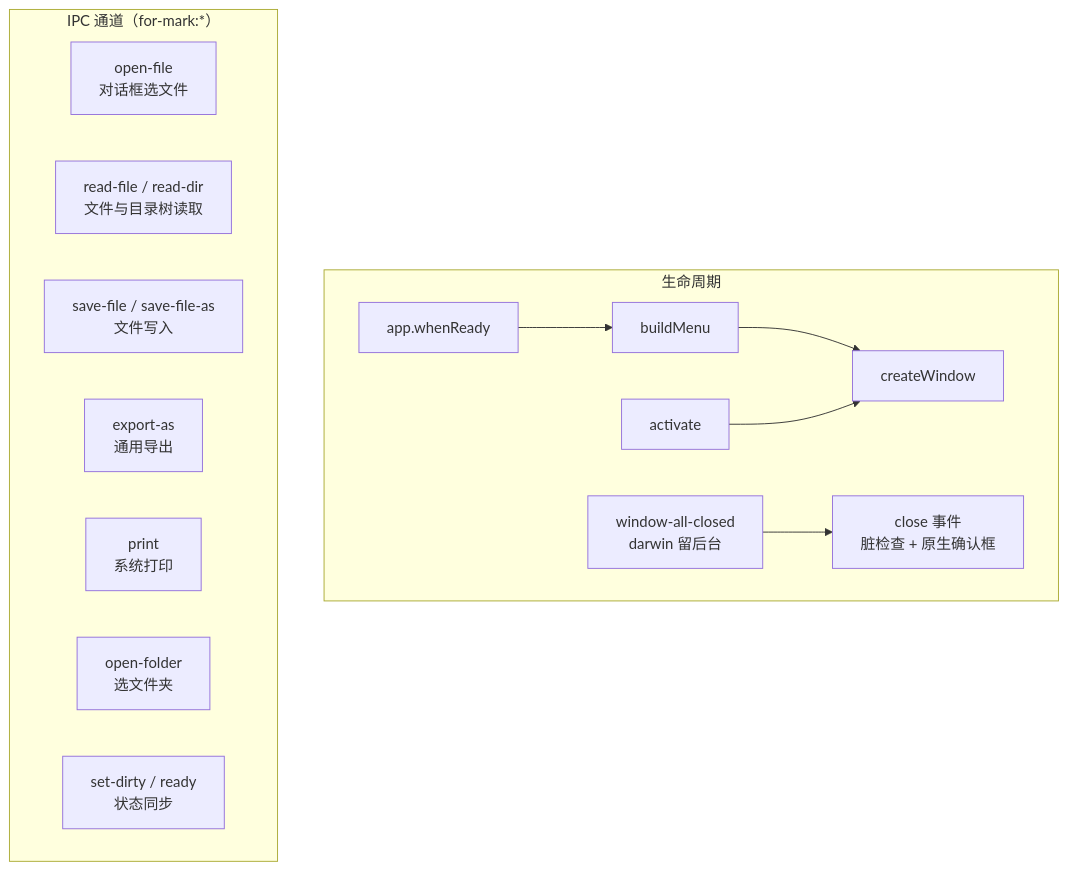
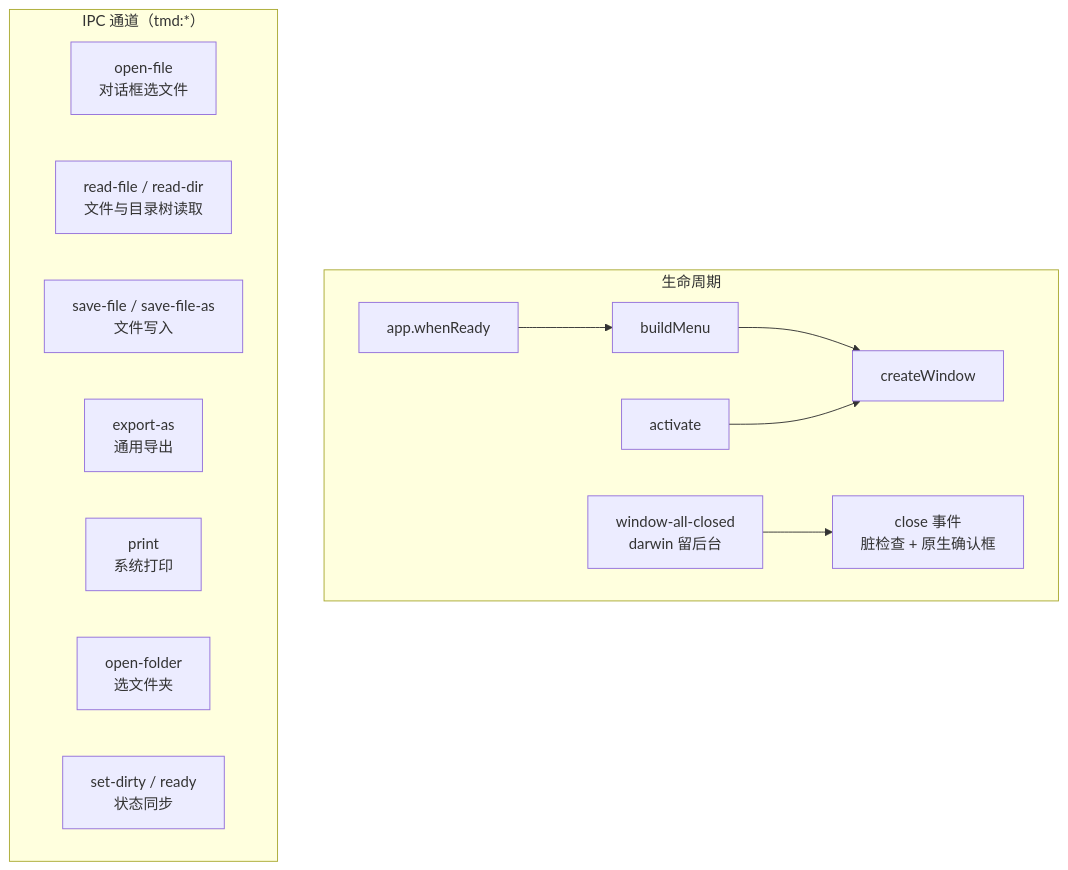
One commit to ChiangyangNPU/for-mark changed the fourth of 4 diagrams in docs/架构设计.md. Above: the diagram before and after it, drawn with Mermaid. The commit also changed other lines of this file and 16 other files, not shown here.

First line of the commit message:
refactor: 应用品牌名由 for-mark 统一更名为 TMD

````diff
--- a/docs/架构设计.md
+++ b/docs/架构设计.md
@@ -140,18 +140,18 @@
 ```mermaid
 flowchart TB
     subgraph 生命周期
         L1[app.whenReady] --> L2[buildMenu] --> L3[createWindow]
         L4[activate] --> L3
         L5[window-all-closed<br/>darwin 留后台] --> L6[close 事件<br/>脏检查 + 原生确认框]
     end
 
-    subgraph IPC["IPC 通道（for-mark:*）"]
+    subgraph IPC["IPC 通道（tmd:*）"]
         C1[open-file<br/>对话框选文件]
         C2[read-file / read-dir<br/>文件与目录树读取]
         C3[save-file / save-file-as<br/>文件写入]
         C4[export-as<br/>通用导出]
         C5[print<br/>系统打印]
         C6[open-folder<br/>选文件夹]
         C7[set-dirty / ready<br/>状态同步]
     end
 ```
````
